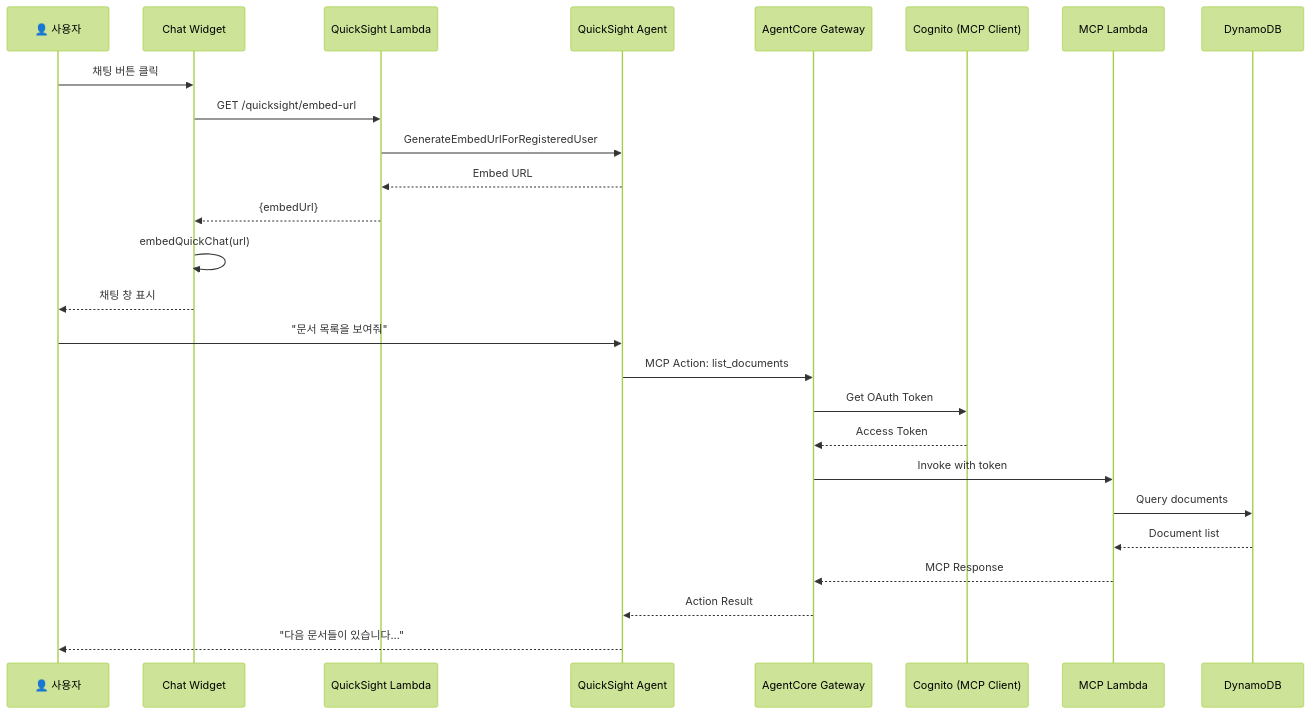
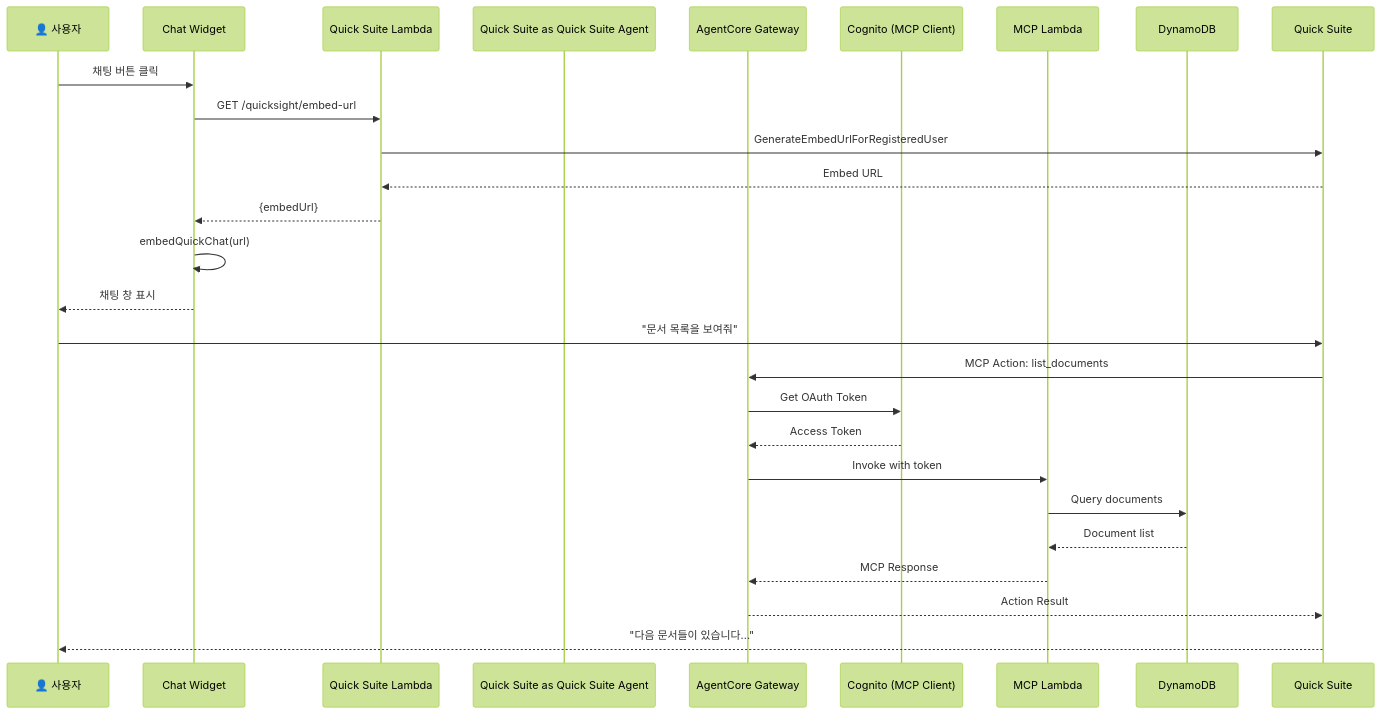
Before and after one commit to ironpe/architecture-review-using-quicksuite-chatagent-embeding: the fourth of 9 diagrams in docs/ARCHITECTURE.md, drawn with Mermaid (forest theme). The commit also changed other lines of this file, not shown here.

Commit message:
docs: rename QuickSight to Quick Suite in ARCHITECTURE.md

````diff
--- a/docs/ARCHITECTURE.md
+++ b/docs/ARCHITECTURE.md
@@ -161,30 +161,30 @@
 ```mermaid
 sequenceDiagram
     participant User as 👤 사용자
     participant ChatWidget as Chat Widget
-    participant QSLambda as QuickSight Lambda
-    participant QuickSight as QuickSight Agent
+    participant QSLambda as Quick Suite Lambda
+    participant Quick Suite as Quick Suite Agent
     participant AgentCore as AgentCore Gateway
     participant Cognito as Cognito (MCP Client)
     participant MCPLambda as MCP Lambda
     participant DynamoDB as DynamoDB
 
     User->>ChatWidget: 채팅 버튼 클릭
     ChatWidget->>QSLambda: GET /quicksight/embed-url
-    QSLambda->>QuickSight: GenerateEmbedUrlForRegisteredUser
-    QuickSight-->>QSLambda: Embed URL
+    QSLambda->>Quick Suite: GenerateEmbedUrlForRegisteredUser
+    Quick Suite-->>QSLambda: Embed URL
     QSLambda-->>ChatWidget: {embedUrl}
     ChatWidget->>ChatWidget: embedQuickChat(url)
     ChatWidget-->>User: 채팅 창 표시
     
-    User->>QuickSight: "문서 목록을 보여줘"
-    QuickSight->>AgentCore: MCP Action: list_documents
+    User->>Quick Suite: "문서 목록을 보여줘"
+    Quick Suite->>AgentCore: MCP Action: list_documents
     AgentCore->>Cognito: Get OAuth Token
     Cognito-->>AgentCore: Access Token
     AgentCore->>MCPLambda: Invoke with token
     MCPLambda->>DynamoDB: Query documents
     DynamoDB-->>MCPLambda: Document list
     MCPLambda-->>AgentCore: MCP Response
-    AgentCore-->>QuickSight: Action Result
-    QuickSight-->>User: "다음 문서들이 있습니다..."
+    AgentCore-->>Quick Suite: Action Result
+    Quick Suite-->>User: "다음 문서들이 있습니다..."
 ```
````
